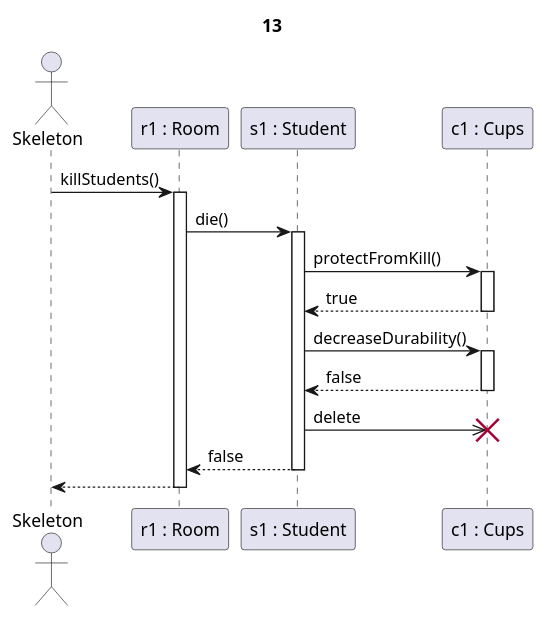
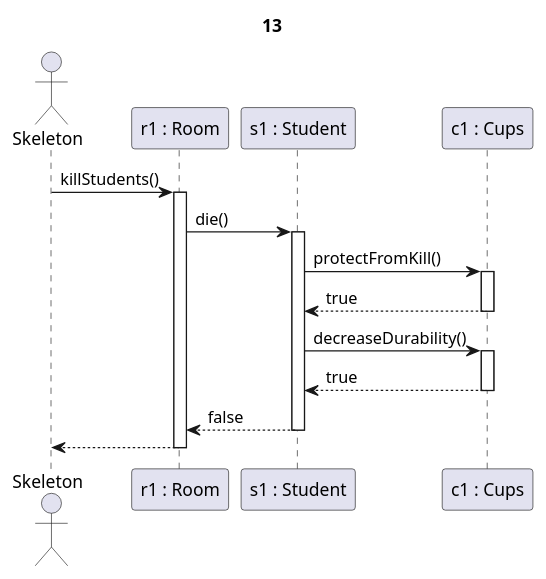
The diagram in partII_sequence diagrams/13.puml (kipolaris/skyrimscriptsuttogok), drawn with PlantUML before and after one commit. The commit also changed 110 other files, not shown here.

Commit message:
finalize partII sequence diagrams

```diff
--- a/partII_sequence diagrams/13.puml
+++ b/partII_sequence diagrams/13.puml
@@ -1,26 +1,24 @@
-@startuml Cups+lejár az idő
+@startuml Cups+nem jár le az idő
 
 title 13
 
 actor Skeleton as sk
 participant "r1 : Room" as r
 participant "s1 : Student" as s
 participant "c1 : Cups" as c
 
 sk->r ++: killStudents()
 
 r -> s ++: die()
 
 s->c ++: protectFromKill()
 c-->s --: true
 
 s->c ++: decreaseDurability()
-c-->s --: false
-
-s->>c !!: delete
+c-->s --: true
 
 s-->r --: false
 
 r-->sk --:
 
 @enduml
```
